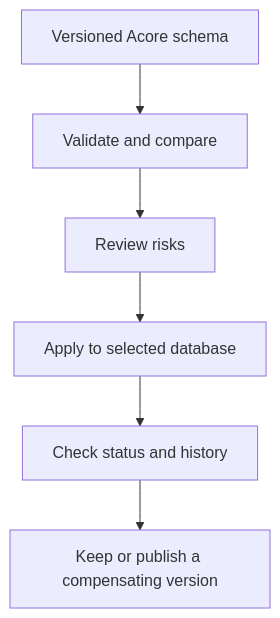
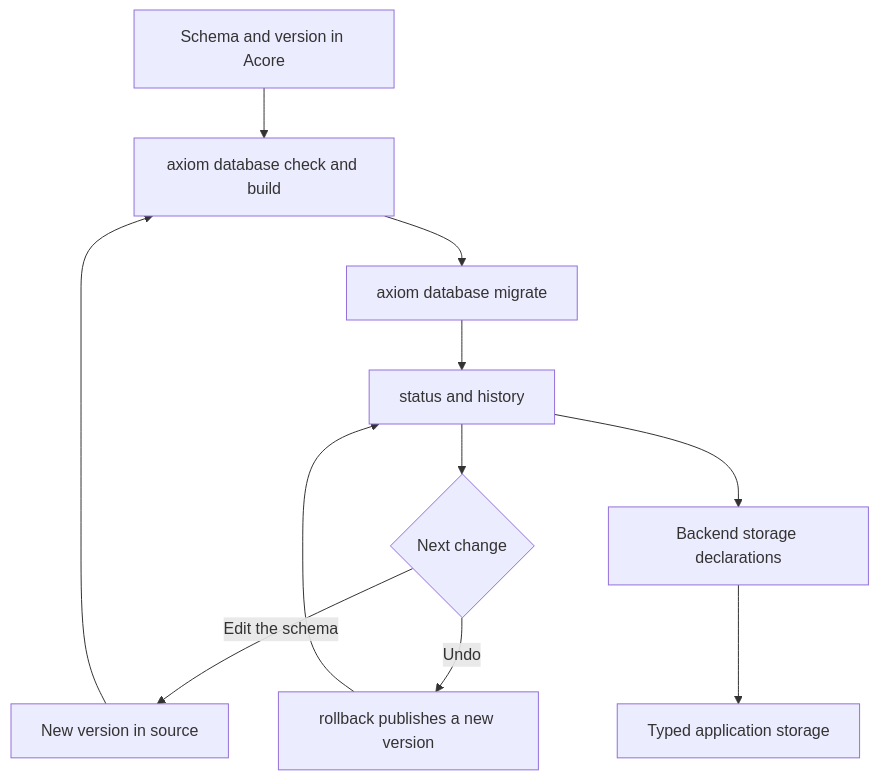
The first of 2 diagrams in docs/content/docs/database/index.mdx (AxiomCore/AxiomCore), drawn with Mermaid before and after one commit. The commit also changed other lines of this file and 260 other files, not shown here.

````diff
--- a/docs/content/docs/database/index.mdx
+++ b/docs/content/docs/database/index.mdx
@@ -22,8 +23,13 @@
-```mermaid title="Review a schema change before applying it"
+```mermaid title="A database contract from Acore source to typed application storage"
 flowchart TD
-  A[Versioned Acore schema] --> B[Validate and compare]
-  B --> C[Review risks]
-  C --> D[Apply to selected database]
-  D --> E[Check status and history]
-  E --> F[Keep or publish a compensating version]
+  A[Schema and version in Acore] --> B[axiom database check and build]
+  B --> C[axiom database migrate]
+  C --> D[status and history]
+  D --> E{Next change}
+  E -->|Edit the schema| F[New version in source]
+  F --> B
+  E -->|Undo| G[rollback publishes a new version]
+  G --> D
+  D --> H[Backend storage declarations]
+  H --> I[Typed application storage]
 ```
````
